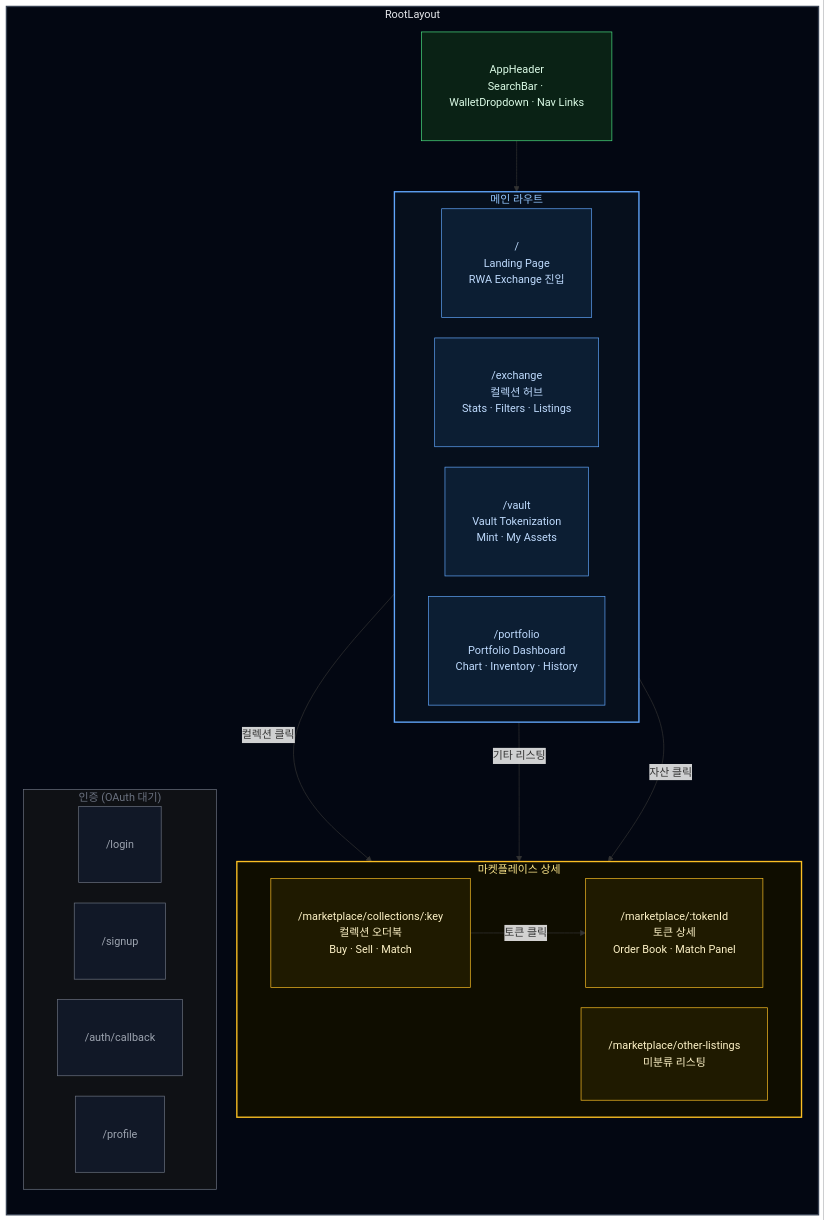
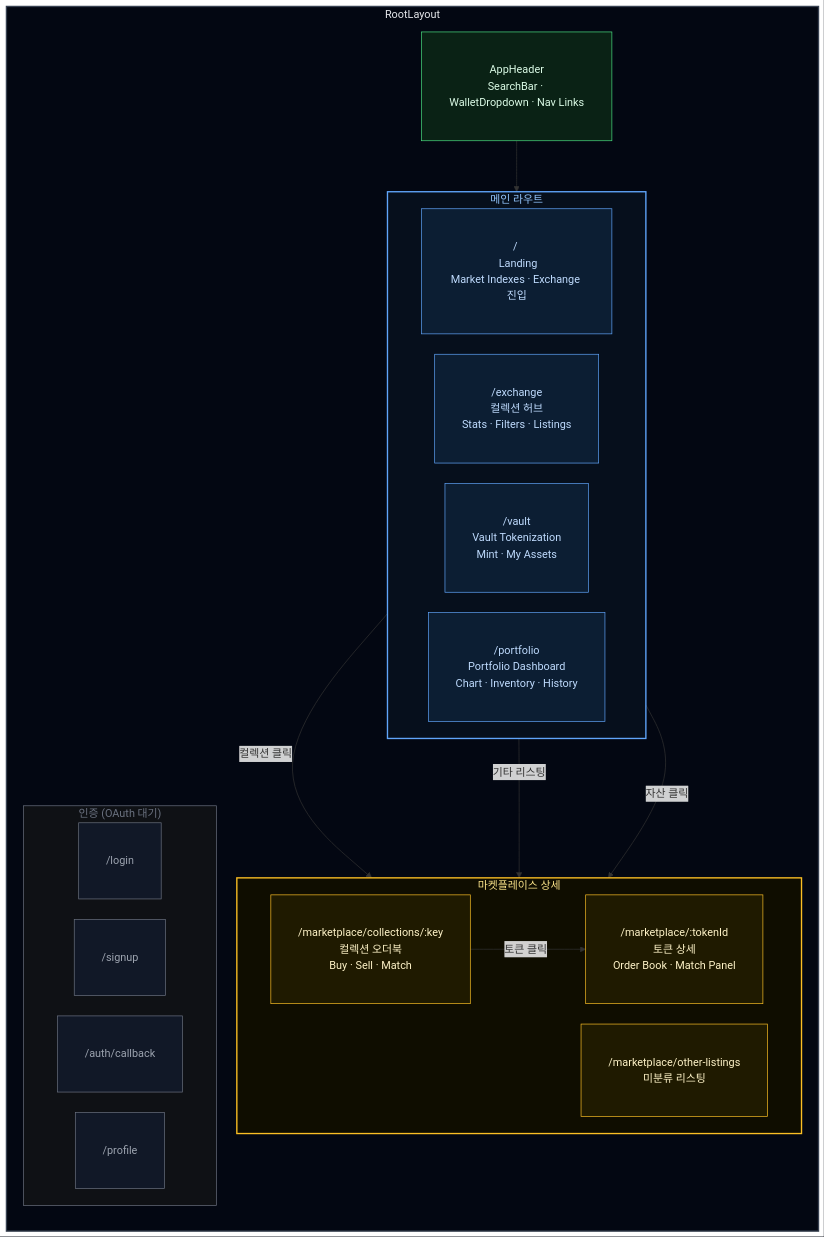
Before and after one commit to tokenable-dev/tokenable-dev: the sixth of 11 diagrams in docs/diagrams/marketplace-lifecycle.md, drawn with Mermaid. The commit also changed other lines of this file and 26 other files, not shown here.

````diff
--- a/docs/diagrams/marketplace-lifecycle.md
+++ b/docs/diagrams/marketplace-lifecycle.md
@@ -371,47 +373,47 @@
 ```mermaid
 %%{init: {'flowchart': {'rankSpacing': 50, 'nodeSpacing': 30, 'padding': 20}}}%%
 flowchart TD
     classDef page   fill:#0c1e33,stroke:#60a5fa,color:#bfdbfe,padding:8px 14px
     classDef detail fill:#1f1a00,stroke:#fbbf24,color:#fef3c7,padding:8px 14px
     classDef auth   fill:#111827,stroke:#6b7280,color:#9ca3af,padding:8px 14px
     classDef layout fill:#0a2215,stroke:#4ade80,color:#dcfce7,padding:8px 14px
 
     subgraph ROOT ["RootLayout"]
         direction TB
         HEADER["AppHeader<br/>SearchBar · WalletDropdown · Nav Links"]:::layout
 
         subgraph NAV ["메인 라우트"]
             direction LR
-            HOME["/ <br/> Landing Page<br/>RWA Exchange 진입"]:::page
+            HOME["/ <br/> Landing<br/>Market Indexes · Exchange 진입"]:::page
             EXCHANGE["/exchange<br/>컬렉션 허브<br/>Stats · Filters · Listings"]:::page
             VAULT["/vault<br/>Vault Tokenization<br/>Mint · My Assets"]:::page
             PORTFOLIO["/portfolio<br/>Portfolio Dashboard<br/>Chart · Inventory · History"]:::page
         end
 
         subgraph MARKET ["마켓플레이스 상세"]
             direction LR
             COLLECTION["/marketplace/collections/:key<br/>컬렉션 오더북<br/>Buy · Sell · Match"]:::detail
             TOKEN["/marketplace/:tokenId<br/>토큰 상세<br/>Order Book · Match Panel"]:::detail
             OTHER["/marketplace/other-listings<br/>미분류 리스팅"]:::detail
         end
 
         subgraph AUTHPAGES ["인증 (OAuth 대기)"]
             direction LR
             LOGIN["/login"]:::auth
             SIGNUP["/signup"]:::auth
             CALLBACK["/auth/callback"]:::auth
             PROFILE["/profile"]:::auth
         end
     end
 
     HEADER --> NAV
     EXCHANGE -->|"컬렉션 클릭"| COLLECTION
     EXCHANGE -->|"기타 리스팅"| OTHER
     COLLECTION -->|"토큰 클릭"| TOKEN
     PORTFOLIO -->|"자산 클릭"| TOKEN
 
     style ROOT fill:#030712,stroke:#374151,stroke-width:2px,color:#e5e7eb
     style NAV fill:#060f1c,stroke:#60a5fa,stroke-width:2px,color:#93c5fd
     style MARKET fill:#0f0d00,stroke:#fbbf24,stroke-width:2px,color:#fde68a
     style AUTHPAGES fill:#0f1115,stroke:#6b7280,stroke-width:1px,color:#6b7280
 ```
````
